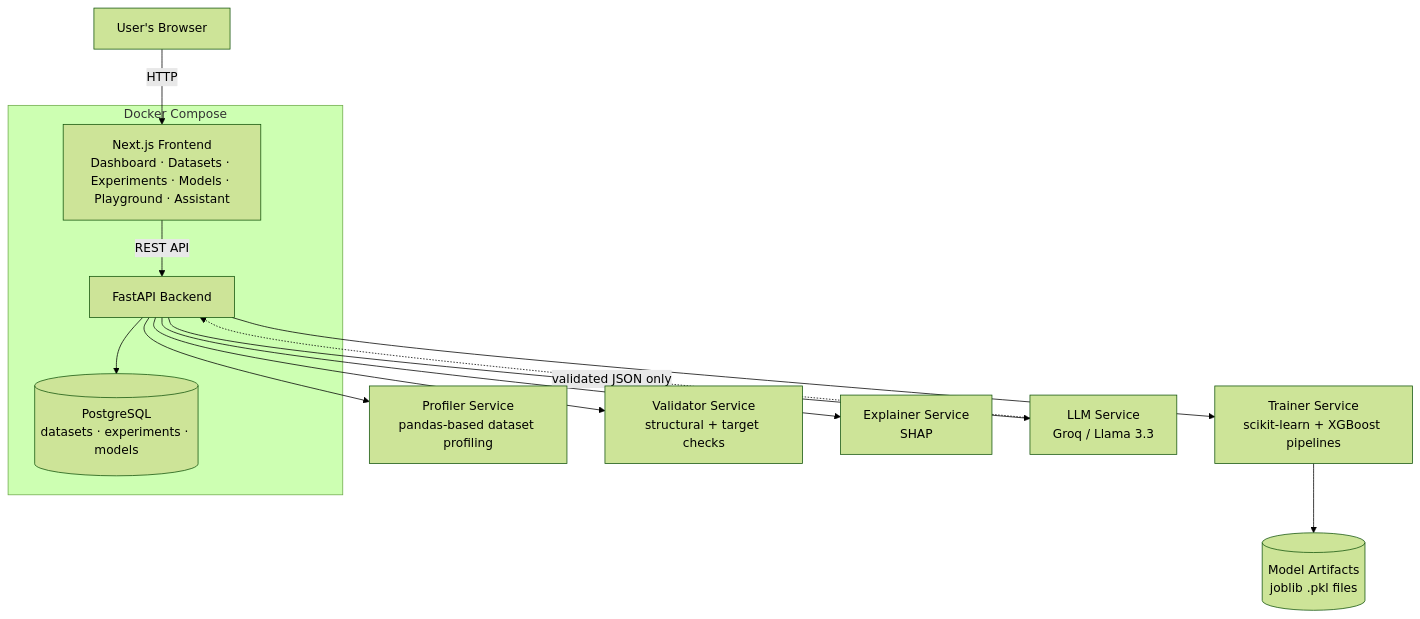
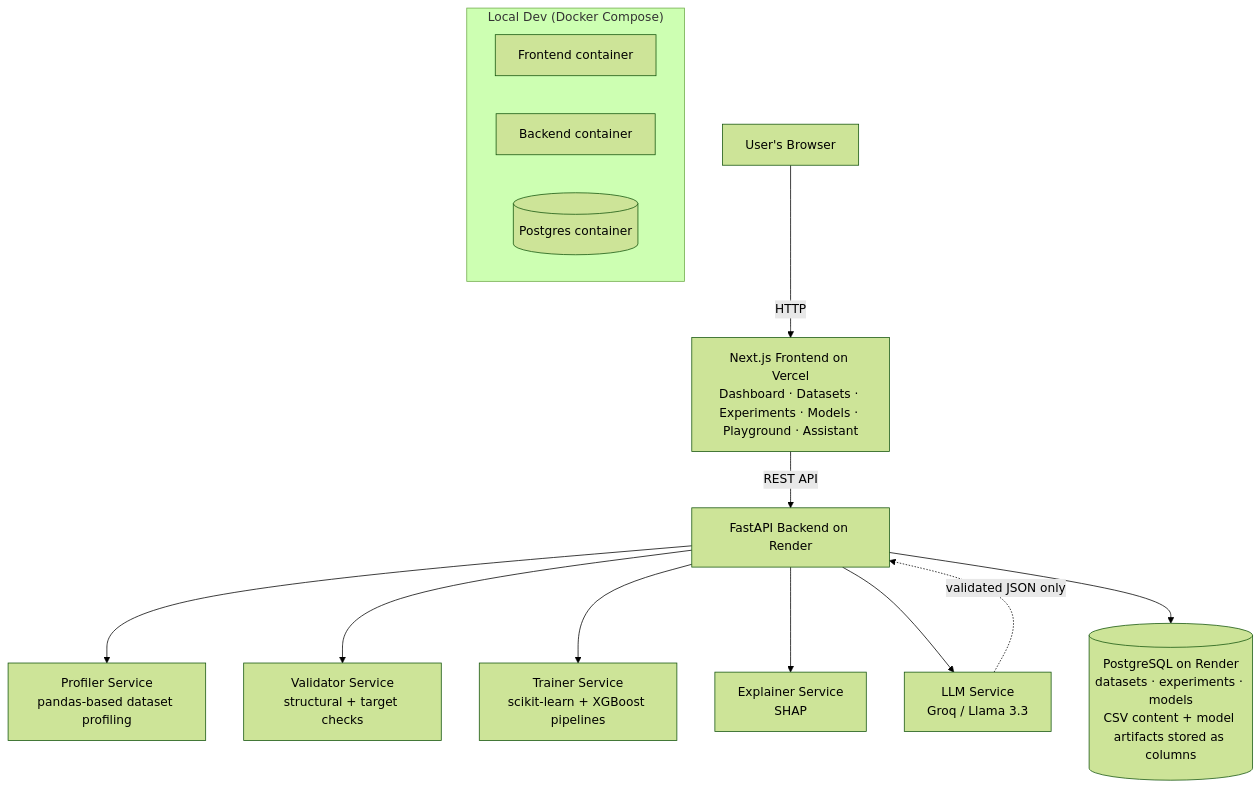
Before and after one commit to DevAnas19/Forge_ML: the diagram in README.md, drawn with Mermaid (forest theme). The commit also changed other lines of this file and 1 other file, not shown here.

````diff
--- a/README.md
+++ b/README.md
@@ -48,22 +83,21 @@
 ```mermaid
 flowchart TD
-    User[User's Browser] -->|HTTP| Frontend[Next.js Frontend<br/>Dashboard · Datasets · Experiments · Models · Playground · Assistant]
-    Frontend -->|REST API| Backend[FastAPI Backend]
+    User[User's Browser] -->|HTTP| Frontend[Next.js Frontend on Vercel<br/>Dashboard · Datasets · Experiments · Models · Playground · Assistant]
+    Frontend -->|REST API| Backend[FastAPI Backend on Render]
 
     Backend --> Profiler[Profiler Service<br/>pandas-based dataset profiling]
     Backend --> Validator[Validator Service<br/>structural + target checks]
     Backend --> Trainer[Trainer Service<br/>scikit-learn + XGBoost pipelines]
     Backend --> Explainer[Explainer Service<br/>SHAP]
     Backend --> LLM[LLM Service<br/>Groq / Llama 3.3]
 
-    Trainer --> Artifacts[(Model Artifacts<br/>joblib .pkl files)]
-    Backend --> DB[(PostgreSQL<br/>datasets · experiments · models)]
+    Backend --> DB[(PostgreSQL on Render<br/>datasets · experiments · models<br/>CSV content + model artifacts stored as columns)]
 
     LLM -.->|validated JSON only| Backend
 
-    subgraph Docker Compose
-        Frontend
-        Backend
-        DB
+    subgraph "Local Dev (Docker Compose)"
+        LocalFrontend[Frontend container]
+        LocalBackend[Backend container]
+        LocalDB[(Postgres container)]
     end
 ```
````
